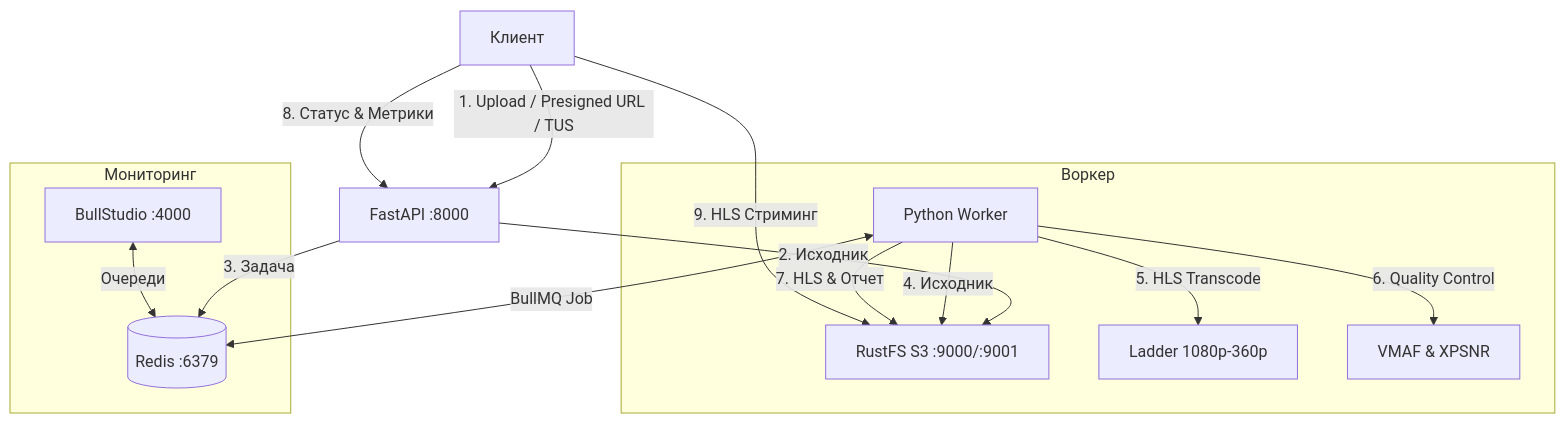
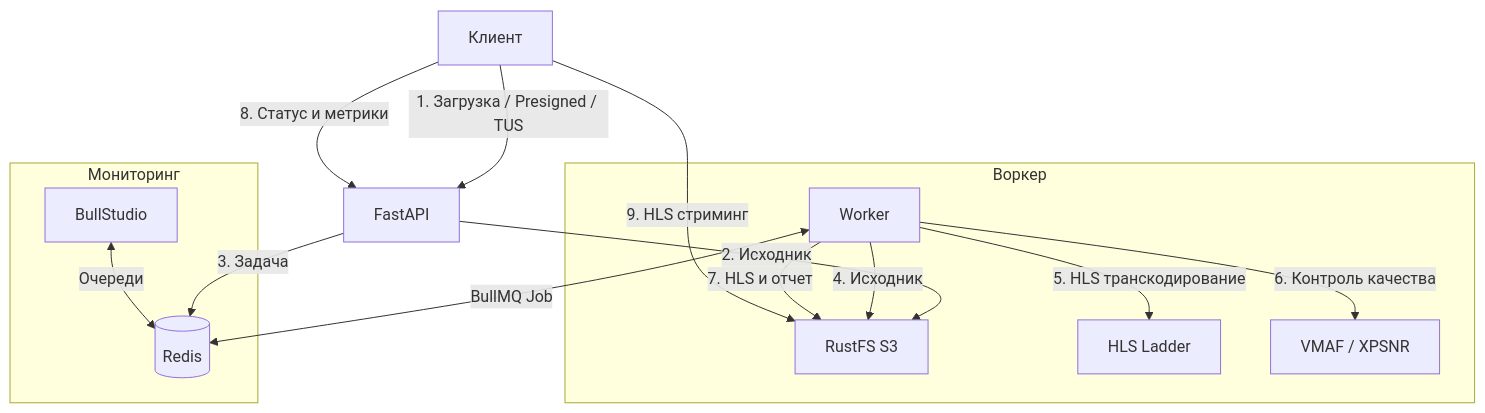
One commit to powoftwo/pipeline changed the diagram in README.md. Above: the diagram before and after it, drawn with Mermaid. The commit also changed other lines of this file, not shown here.

````diff
--- a/README.md
+++ b/README.md
@@ -25,21 +22,21 @@
 ```mermaid
 flowchart TD
-    Client["Клиент"] -->|1. Upload / Presigned URL / TUS| API["FastAPI :8000"]
-    API -->|2. Исходник| RustFS["RustFS S3 :9000/:9001"]
-    API -->|3. Задача| Redis[("Redis :6379")]
+    Client["Клиент"] -->|1. Загрузка / Presigned / TUS| API["FastAPI"]
+    API -->|2. Исходник| RustFS["RustFS S3"]
+    API -->|3. Задача| Redis[("Redis")]
     
     subgraph Queue_Monitoring["Мониторинг"]
-        BullStudio["BullStudio :4000"] <-->|Очереди| Redis
+        BullStudio["BullStudio"] <-->|Очереди| Redis
     end
     
     subgraph Worker_Service["Воркер"]
-        Worker["Python Worker"] <-->|BullMQ Job| Redis
+        Worker["Worker"] <-->|BullMQ Job| Redis
         Worker -->|4. Исходник| RustFS
-        Worker -->|5. HLS Transcode| HLS["Ladder 1080p-360p"]
-        Worker -->|6. Quality Control| QC["VMAF & XPSNR"]
-        Worker -->|7. HLS & Отчет| RustFS
+        Worker -->|5. HLS транскодирование| HLS["HLS Ladder"]
+        Worker -->|6. Контроль качества| QC["VMAF / XPSNR"]
+        Worker -->|7. HLS и отчет| RustFS
     end
 
-    Client -->|8. Статус & Метрики| API
-    Client -->|9. HLS Стриминг| RustFS
+    Client -->|8. Статус и метрики| API
+    Client -->|9. HLS стриминг| RustFS
 ```
````
